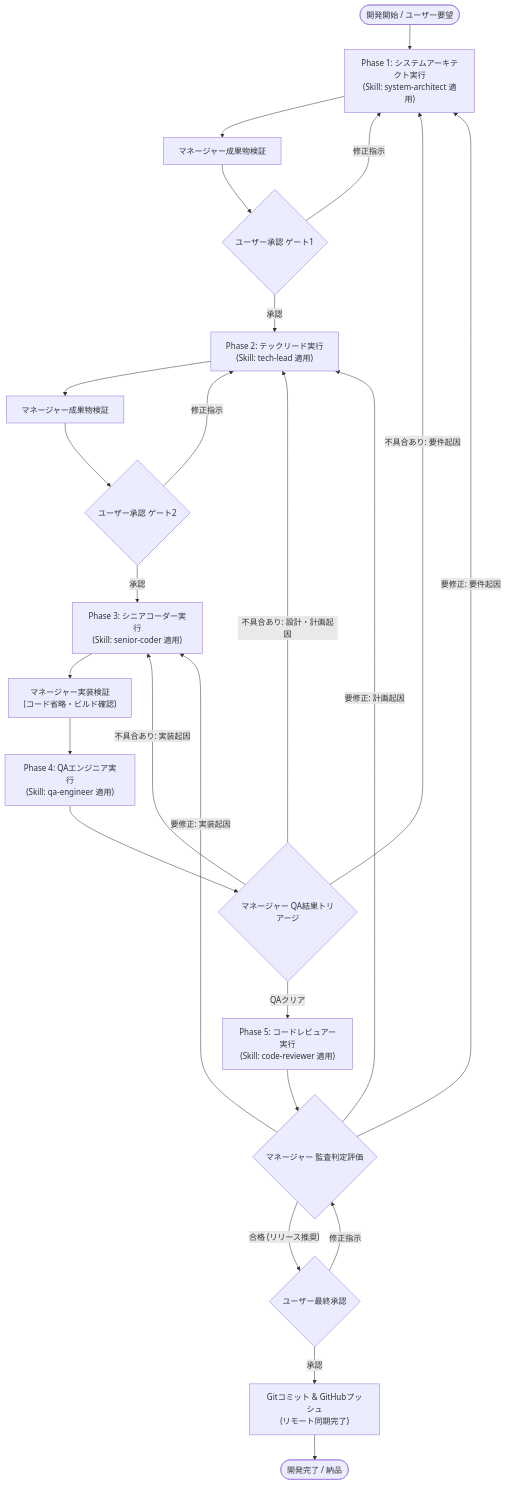
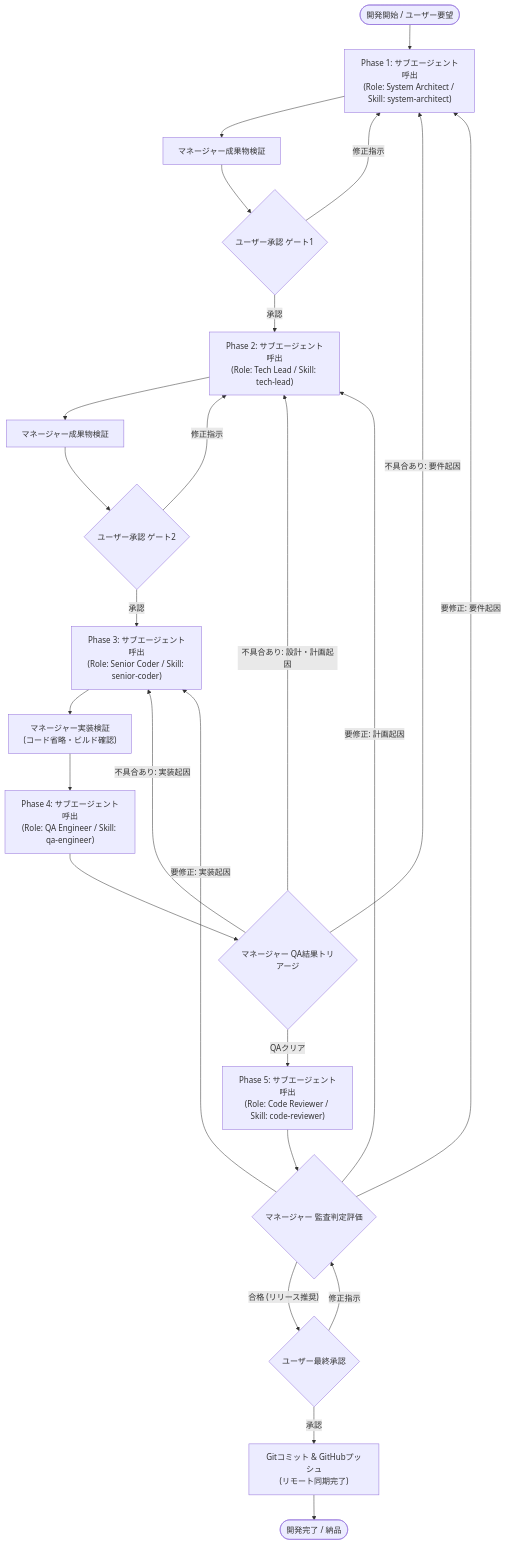
One commit to nankojin-ops/MusicInfo-app changed the diagram in AGENT_WORKFLOW.md. Above: the diagram before and after it, drawn with Mermaid. The commit also changed other lines of this file and 5 other files, not shown here.

````diff
--- a/AGENT_WORKFLOW.md
+++ b/AGENT_WORKFLOW.md
@@ -23,32 +29,32 @@
 ```mermaid
 flowchart TD
-    Start([開発開始 / ユーザー要望]) --> Step1["Phase 1: システムアーキテクト実行\n(Skill: system-architect 適用)"]
+    Start([開発開始 / ユーザー要望]) --> Step1["Phase 1: サブエージェント呼出\n(Role: System Architect / Skill: system-architect)"]
     Step1 --> MgrCheck1["マネージャー成果物検証"]
     MgrCheck1 --> Gate1{"ユーザー承認 ゲート1"}
     Gate1 -- "修正指示" --> Step1
-    Gate1 -- "承認" --> Step2["Phase 2: テックリード実行\n(Skill: tech-lead 適用)"]
+    Gate1 -- "承認" --> Step2["Phase 2: サブエージェント呼出\n(Role: Tech Lead / Skill: tech-lead)"]
 
     Step2 --> MgrCheck2["マネージャー成果物検証"]
     MgrCheck2 --> Gate2{"ユーザー承認 ゲート2"}
     Gate2 -- "修正指示" --> Step2
-    Gate2 -- "承認" --> Step3["Phase 3: シニアコーダー実行\n(Skill: senior-coder 適用)"]
+    Gate2 -- "承認" --> Step3["Phase 3: サブエージェント呼出\n(Role: Senior Coder / Skill: senior-coder)"]
 
     Step3 --> MgrCheck3["マネージャー実装検証\n(コード省略・ビルド確認)"]
-    MgrCheck3 --> Step4["Phase 4: QAエンジニア実行\n(Skill: qa-engineer 適用)"]
+    MgrCheck3 --> Step4["Phase 4: サブエージェント呼出\n(Role: QA Engineer / Skill: qa-engineer)"]
 
     Step4 --> MgrTriageQA{"マネージャー QA結果トリアージ"}
     MgrTriageQA -- "不具合あり: 実装起因" --> Step3
     MgrTriageQA -- "不具合あり: 設計・計画起因" --> Step2
     MgrTriageQA -- "不具合あり: 要件起因" --> Step1
-    MgrTriageQA -- "QAクリア" --> Step5["Phase 5: コードレビュアー実行\n(Skill: code-reviewer 適用)"]
+    MgrTriageQA -- "QAクリア" --> Step5["Phase 5: サブエージェント呼出\n(Role: Code Reviewer / Skill: code-reviewer)"]
 
     Step5 --> MgrTriageAudit{"マネージャー 監査判定評価"}
     MgrTriageAudit -- "要修正: 要件起因" --> Step1
     MgrTriageAudit -- "要修正: 計画起因" --> Step2
     MgrTriageAudit -- "要修正: 実装起因" --> Step3
     MgrTriageAudit -- "合格 (リリース推奨)" --> GateFinal{"ユーザー最終承認"}
 
     GateFinal -- "修正指示" --> MgrTriageAudit
     GateFinal -- "承認" --> StepCommit["Gitコミット & GitHubプッシュ\n(リモート同期完了)"]
     StepCommit --> End([開発完了 / 納品])
 ```
````
